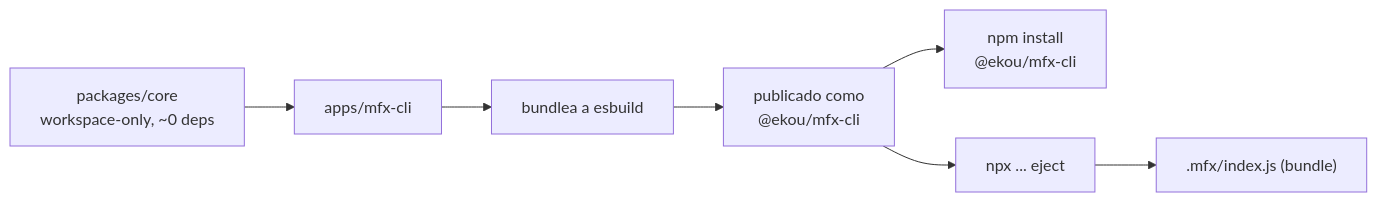
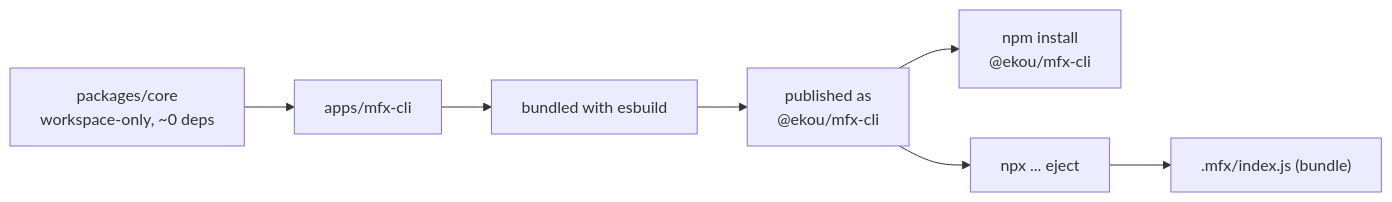
One commit to EKOU-Solutions/ekou-devtools changed the fifth of 5 diagrams in docs/architecture.md. Above: the diagram before and after it, drawn with Mermaid. The commit also changed other lines of this file and 1 other file, not shown here.

First line of the commit message:
docs: translate architecture and README to English

````diff
--- a/docs/architecture.md
+++ b/docs/architecture.md
@@ -145,17 +145,17 @@
 ```mermaid
 flowchart LR
     core["packages/core\nworkspace-only, ~0 deps"]
     cli["apps/mfx-cli"]
-    build["bundlea a esbuild"]
-    pkg["publicado como\n@ekou/mfx-cli"]
+    build["bundled with esbuild"]
+    pkg["published as\n@ekou/mfx-cli"]
     npm["npm install\n@ekou/mfx-cli"]
     eject["npx ... eject"]
     bundle[".mfx/index.js (bundle)"]
 
     core --> cli
     cli --> build
     build --> pkg
     pkg --> npm
     pkg --> eject
     eject --> bundle
 ```
````
